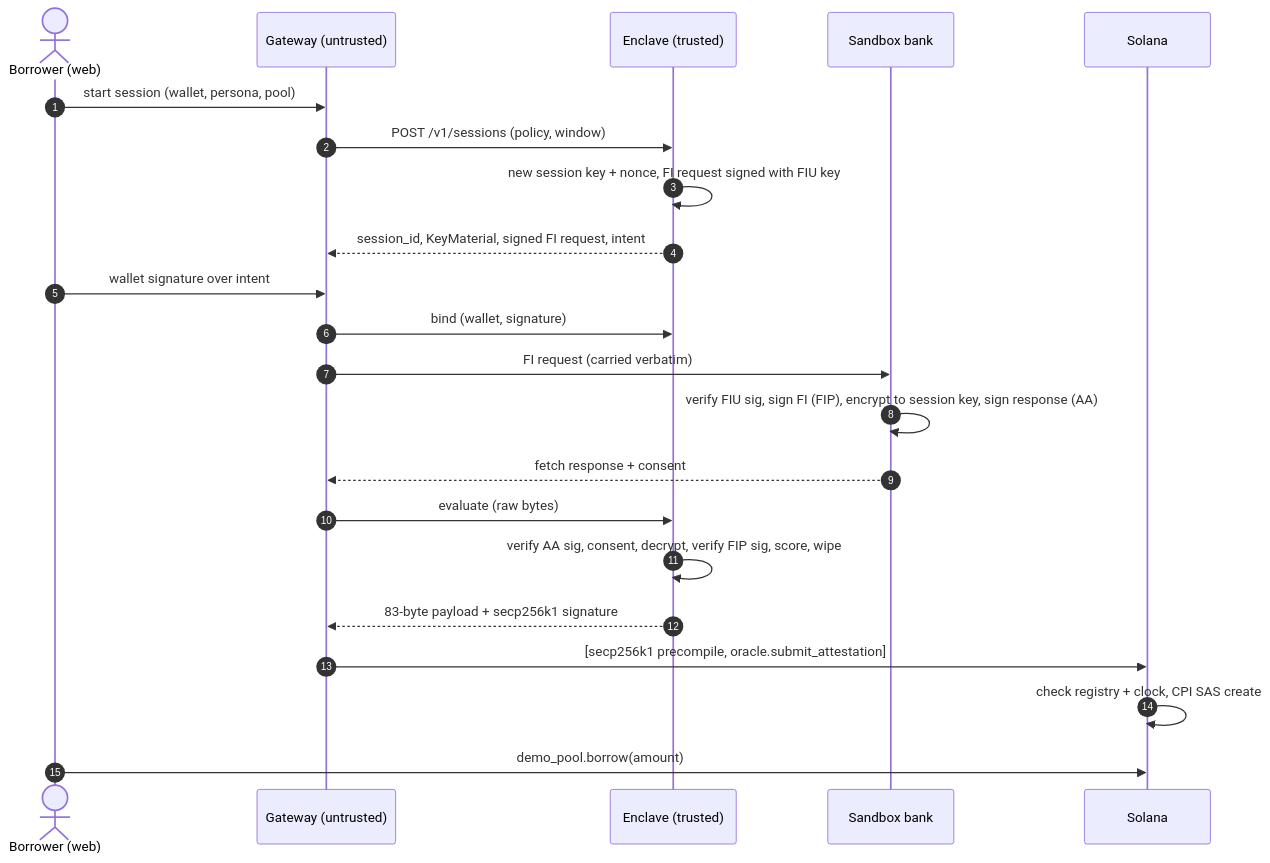
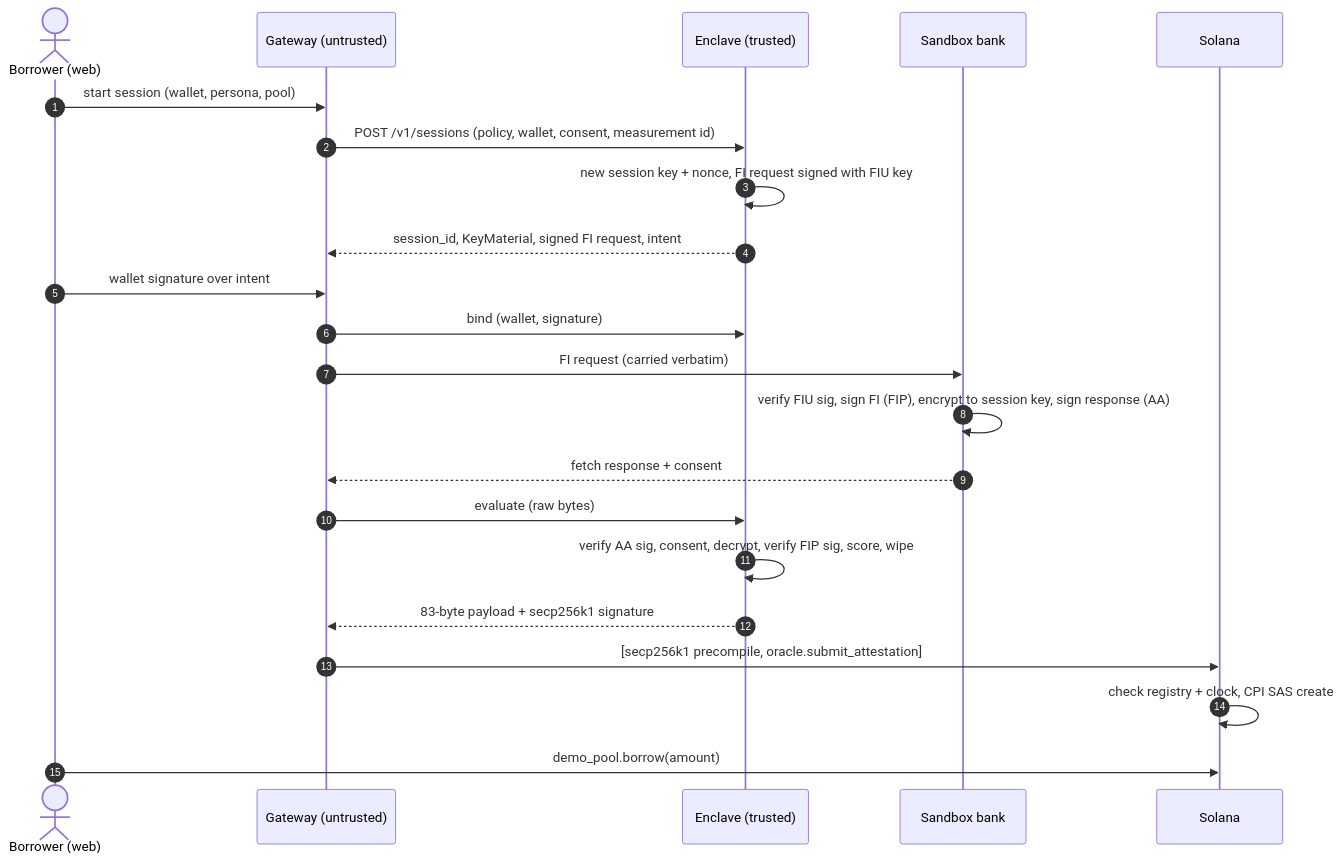
The second of 2 diagrams in docs/ARCHITECTURE.md (pandaa880/tee-income-oracle), drawn with Mermaid before and after one commit. The commit also changed other lines of this file and 53 other files, not shown here.

````diff
--- a/docs/ARCHITECTURE.md
+++ b/docs/ARCHITECTURE.md
@@ -102,24 +108,24 @@
 ```mermaid
 sequenceDiagram
   autonumber
   actor B as Borrower (web)
   participant G as Gateway (untrusted)
   participant E as Enclave (trusted)
   participant F as Sandbox bank
   participant S as Solana
   B->>G: start session (wallet, persona, pool)
-  G->>E: POST /v1/sessions (policy, window)
+  G->>E: POST /v1/sessions (policy, wallet, consent, measurement id)
   E->>E: new session key + nonce, FI request signed with FIU key
   E-->>G: session_id, KeyMaterial, signed FI request, intent
   B->>G: wallet signature over intent
   G->>E: bind (wallet, signature)
   G->>F: FI request (carried verbatim)
   F->>F: verify FIU sig, sign FI (FIP), encrypt to session key, sign response (AA)
   F-->>G: fetch response + consent
   G->>E: evaluate (raw bytes)
   E->>E: verify AA sig, consent, decrypt, verify FIP sig, score, wipe
   E-->>G: 83-byte payload + secp256k1 signature
   G->>S: [secp256k1 precompile, oracle.submit_attestation]
   S->>S: check registry + clock, CPI SAS create
   B->>S: demo_pool.borrow(amount)
 ```
````
